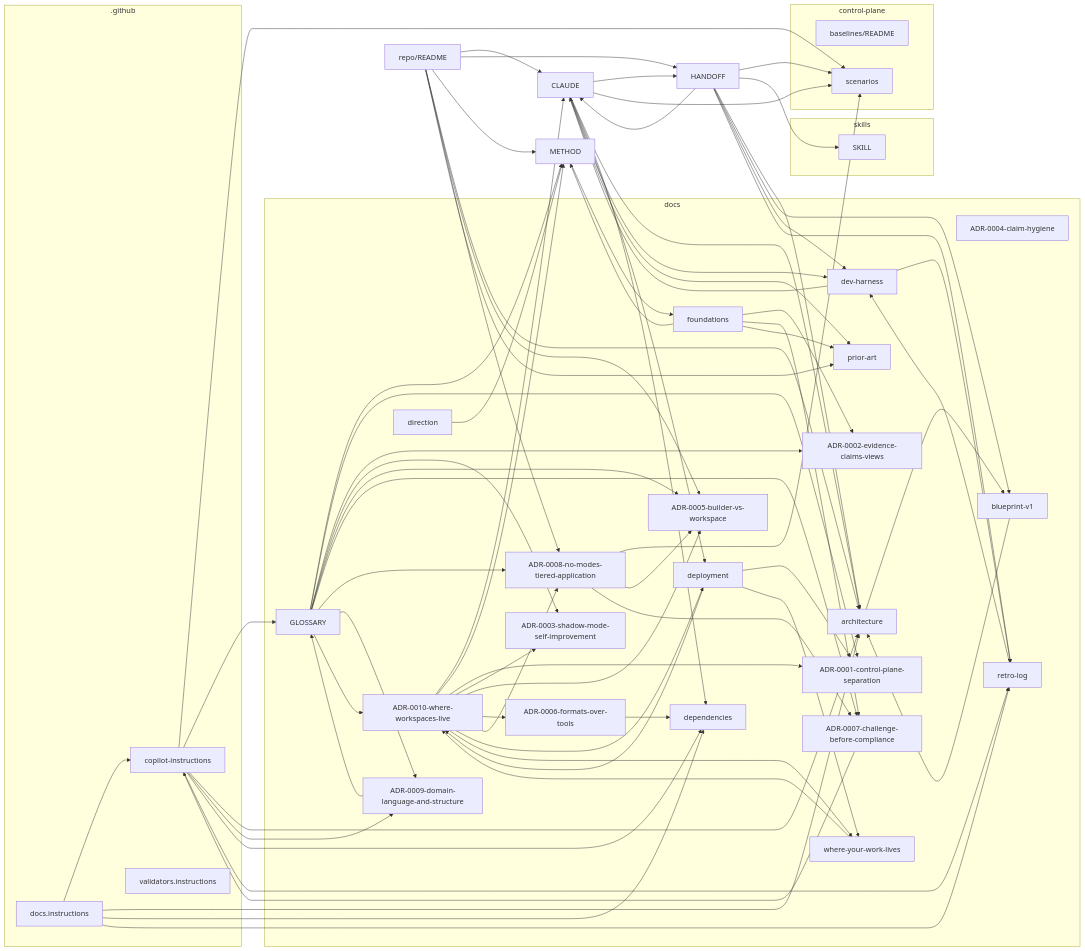
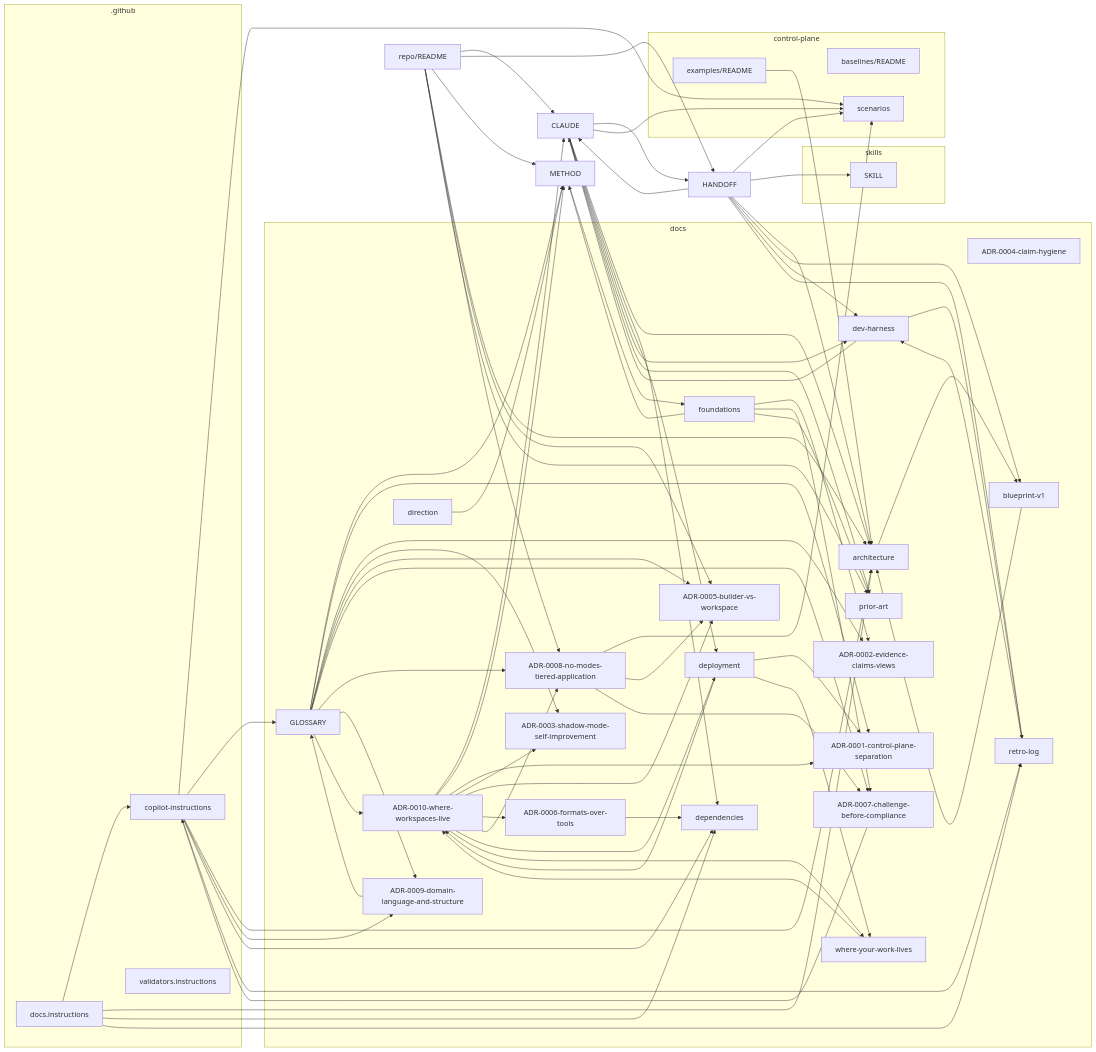
The diagram in docs/mindmap.md (boulaajaj/ai-mise), drawn with Mermaid before and after one commit. The commit also changed other lines of this file and 3 other files, not shown here.

```diff
--- a/docs/mindmap.md
+++ b/docs/mindmap.md
@@ -12,6 +12,7 @@
     _github_instructions_validators_instructions_md["validators.instructions"]
   end
   subgraph control_plane_g[control-plane]
+    control_plane_approval_examples_README_md["examples/README"]
     control_plane_evaluation_baselines_README_md["baselines/README"]
     control_plane_threat_tests_scenarios_md["scenarios"]
   end
@@ -77,6 +78,7 @@
   README_md --> docs_decisions_ADR_0005_builder_vs_workspace_md
   README_md --> docs_decisions_ADR_0008_no_modes_tiered_application_md
   README_md --> docs_prior_art_md
+  control_plane_approval_examples_README_md --> docs_architecture_md
   docs_GLOSSARY_md --> METHOD_md
   docs_GLOSSARY_md --> docs_decisions_ADR_0001_control_plane_separation_md
   docs_GLOSSARY_md --> docs_decisions_ADR_0002_evidence_claims_views_md
```
